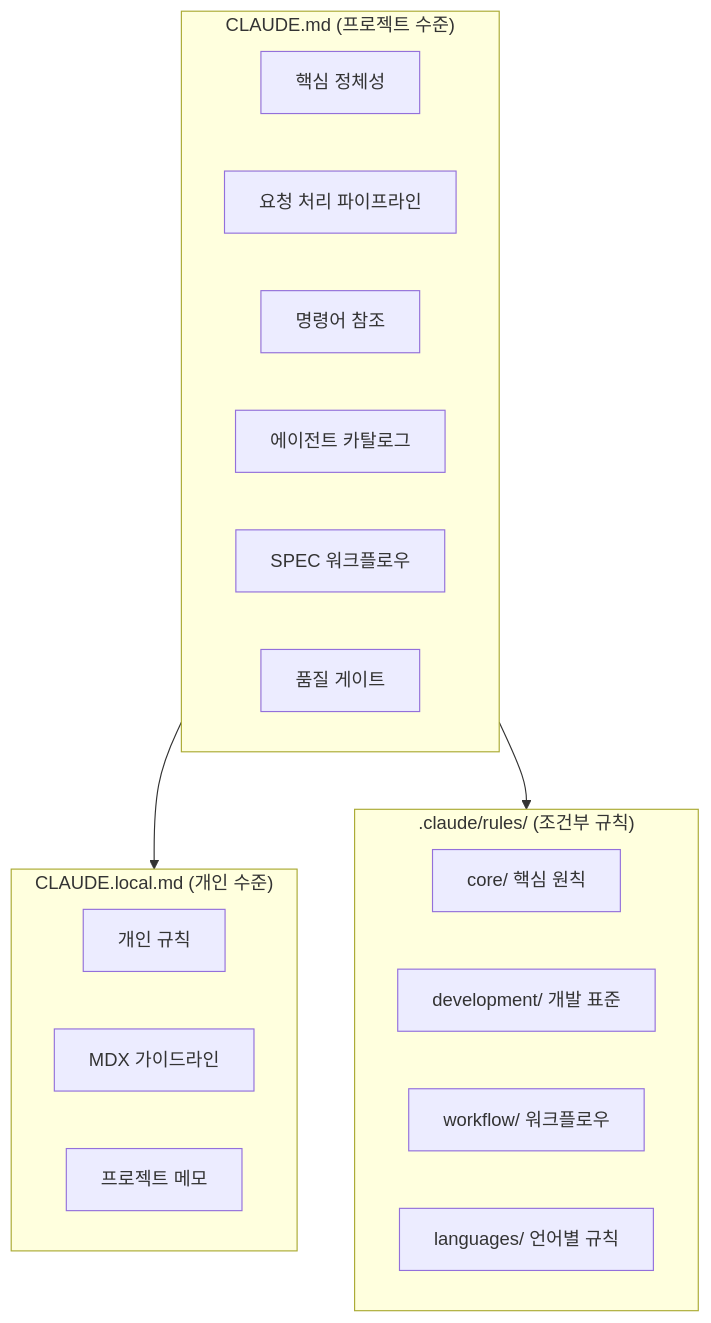
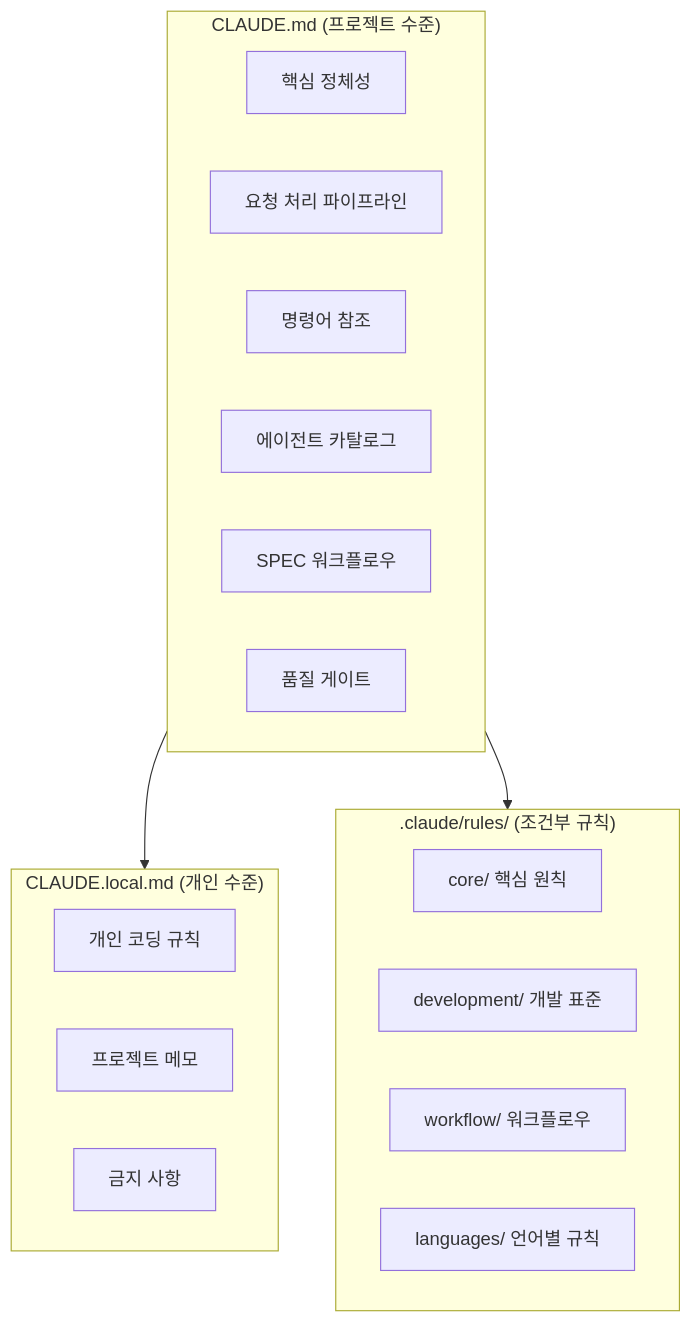
The first of 4 diagrams in docs-site/content/ko/advanced/claude-md-guide.md (modu-ai/moai-adk), drawn with Mermaid before and after one commit. The commit also changed other lines of this file and 14 other files, not shown here.

````diff
--- a/docs-site/content/ko/advanced/claude-md-guide.md
+++ b/docs-site/content/ko/advanced/claude-md-guide.md
@@ -23,28 +27,27 @@
 ```mermaid
 flowchart TD
     subgraph MAIN["CLAUDE.md (프로젝트 수준)"]
         M1["핵심 정체성"]
         M2["요청 처리 파이프라인"]
         M3["명령어 참조"]
         M4["에이전트 카탈로그"]
         M5["SPEC 워크플로우"]
         M6["품질 게이트"]
     end
 
     subgraph LOCAL["CLAUDE.local.md (개인 수준)"]
-        L1["개인 규칙"]
-        L2["MDX 가이드라인"]
-        L3["프로젝트 메모"]
+        L1["개인 코딩 규칙"]
+        L2["프로젝트 메모"]
+        L3["금지 사항"]
     end
 
     subgraph RULES[".claude/rules/ (조건부 규칙)"]
         R1["core/ 핵심 원칙"]
         R2["development/ 개발 표준"]
         R3["workflow/ 워크플로우"]
         R4["languages/ 언어별 규칙"]
     end
 
     MAIN --> LOCAL
     MAIN --> RULES
-
 ```
````
